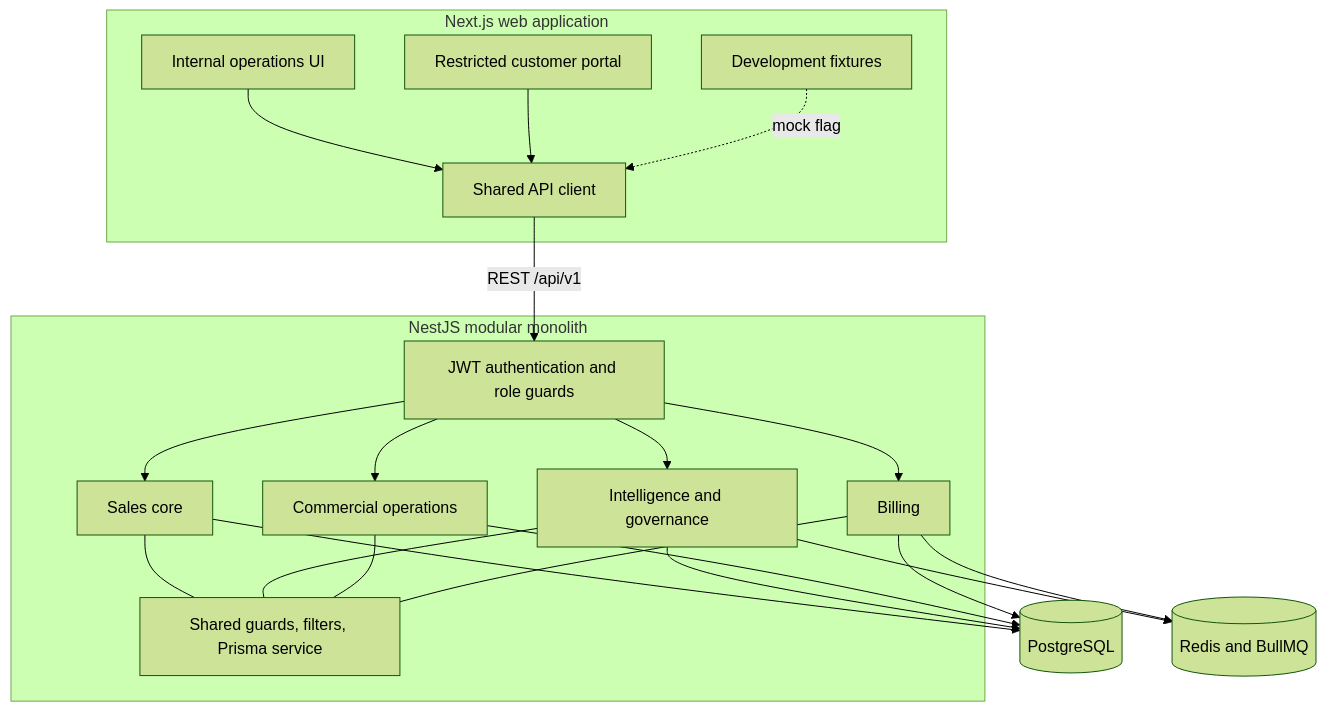
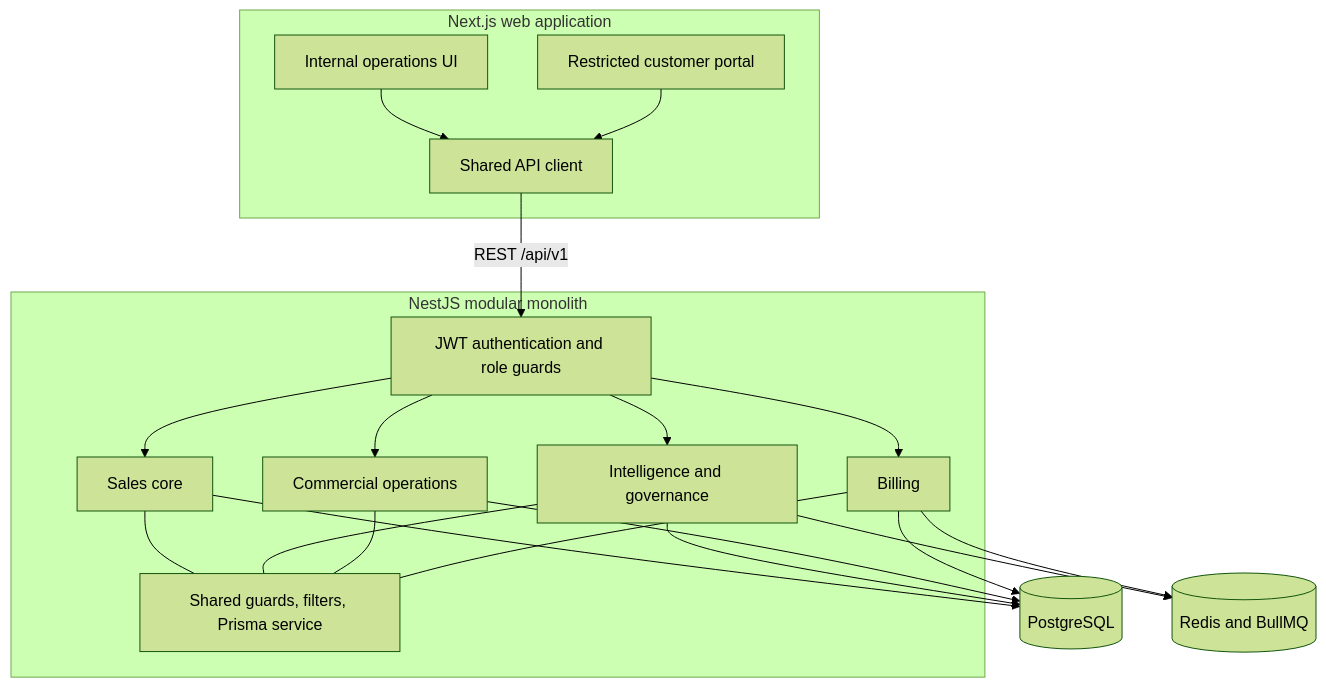
One commit to RushilParikh06/DealFlow360 changed the third of 7 diagrams in README.md. Above: the diagram before and after it, drawn with Mermaid (forest theme). The commit also changed other lines of this file and 10 other files, not shown here.

````diff
--- a/README.md
+++ b/README.md
@@ -102,33 +102,31 @@
 ```mermaid
 flowchart TB
     subgraph Web[Next.js web application]
         Internal[Internal operations UI]
         Portal[Restricted customer portal]
         Client[Shared API client]
-        Mocks[Development fixtures]
         Internal --> Client
         Portal --> Client
-        Mocks -. mock flag .-> Client
     end
 
     Client -->|REST /api/v1| Guards[JWT authentication and role guards]
 
     subgraph API[NestJS modular monolith]
         Guards --> B1[Sales core]
         Guards --> B2[Intelligence and governance]
         Guards --> B3[Commercial operations]
         Guards --> Billing[Billing]
         Shared[Shared guards, filters, Prisma service]
         B1 --- Shared
         B2 --- Shared
         B3 --- Shared
         Billing --- Shared
     end
 
     B1 --> DB[(PostgreSQL)]
     B2 --> DB
     B3 --> DB
     Billing --> DB
     B2 --> Queue[(Redis and BullMQ)]
     Billing --> Queue
 ```
````
